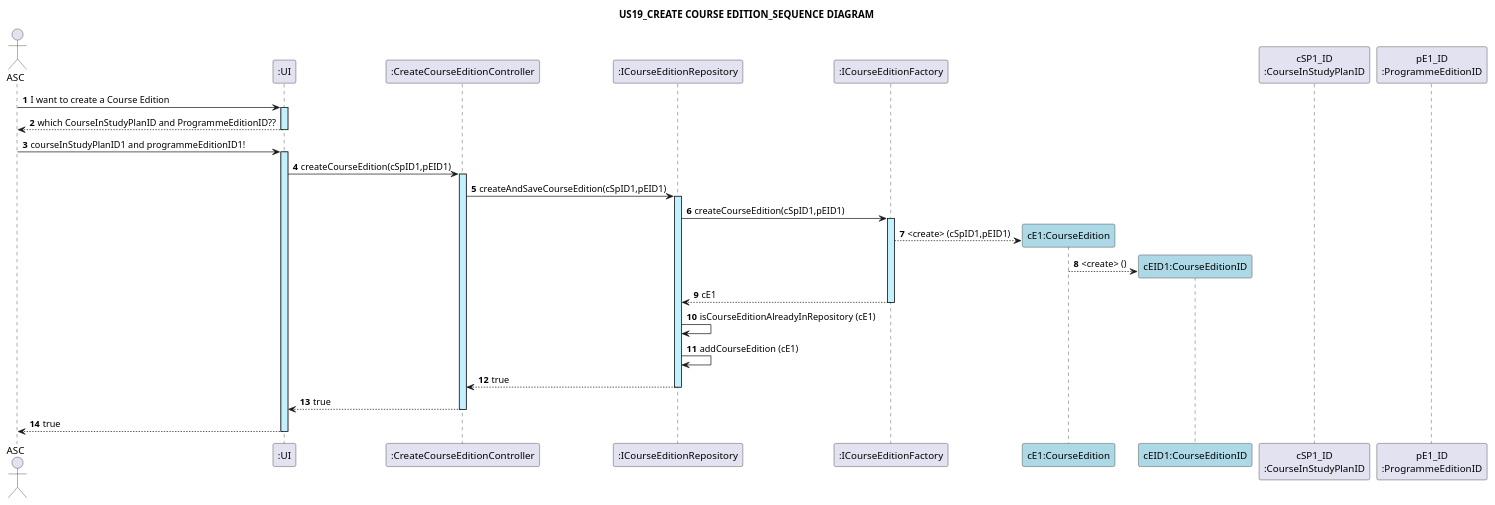
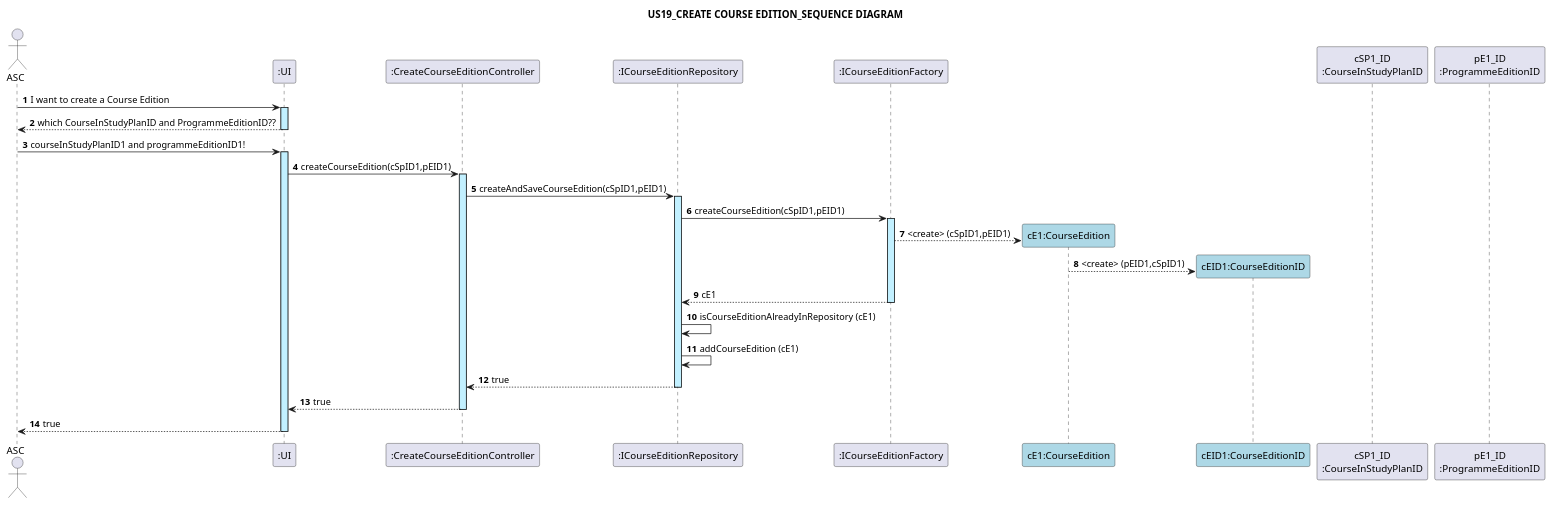
One commit to GasparISEP/DevOps-PAI changed the diagram in docs/US19/US19_CreateCourseEdition_SequenceDiagram_ref1.puml. Above: the diagram before and after it, drawn with PlantUML. The commit also changed 2 other files, not shown here.

```diff
--- a/docs/US19/US19_CreateCourseEdition_SequenceDiagram_ref1.puml
+++ b/docs/US19/US19_CreateCourseEdition_SequenceDiagram_ref1.puml
@@ -1,38 +1,38 @@
 @startuml
 title: US19_CREATE COURSE EDITION_SEQUENCE DIAGRAM
 autonumber
 
 actor ASC
 participant ":UI" as UI
 participant ":CreateCourseEditionController" as CT
 participant ":ICourseEditionRepository" as CER
 participant ":ICourseEditionFactory" as CEF
 
 
 ASC -> UI ++ #application :  I want to create a Course Edition
 UI --> ASC -- : which CourseInStudyPlanID and ProgrammeEditionID??
 
 
 ASC -> UI ++ #application : courseInStudyPlanID1 and programmeEditionID1!
 UI -> CT ++ #application : createCourseEdition(cSpID1,pEID1)
 CT -> CER ++ #application : createAndSaveCourseEdition(cSpID1,pEID1)
 CER -> CEF ++ #application : createCourseEdition(cSpID1,pEID1)
 
 
 create "cE1:CourseEdition" as CE #lightblue
 CEF --> CE : <create> (cSpID1,pEID1)
 create "cEID1:CourseEditionID" as CEID #lightblue
-CE --> CEID : <create> ()
+CE --> CEID : <create> (pEID1,cSpID1)
 CEF --> CER -- : cE1
 CER -> CER : isCourseEditionAlreadyInRepository (cE1)
 CER -> CER : addCourseEdition (cE1)
 
 CER --> CT --: true
 CT --> UI --: true
 UI --> ASC --: true
 
 
 participant "cSP1_ID\n:CourseInStudyPlanID" as CSP_ID
 participant "pE1_ID\n:ProgrammeEditionID" as PE_ID
 
 @enduml
```
